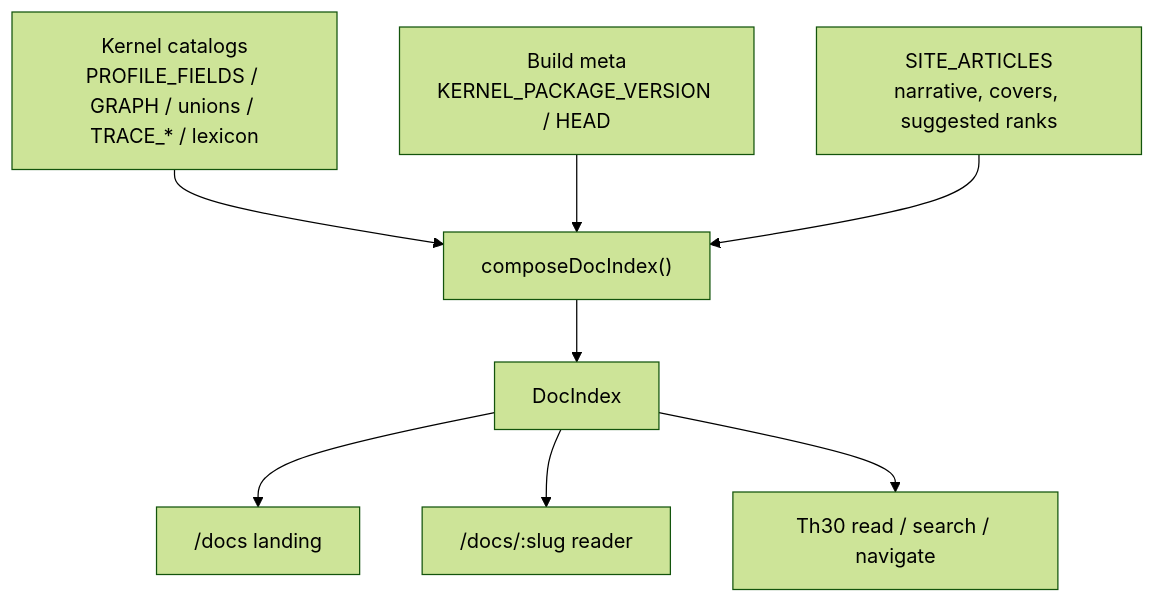
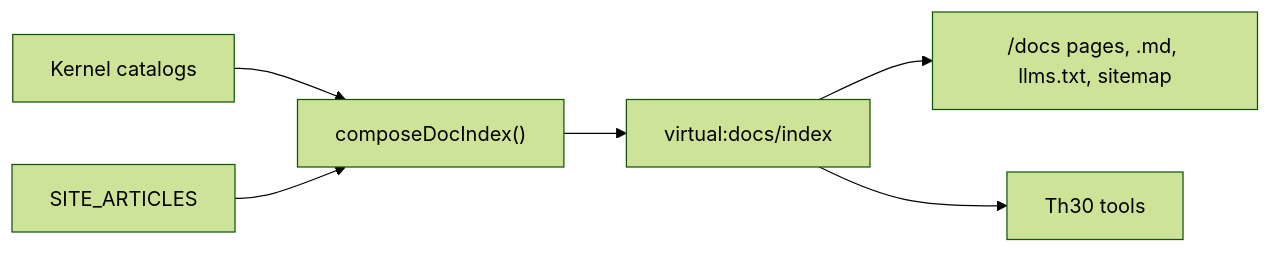
The diagram in docs/SITE_SCHEMA.md (masudl-hub/theoremai-frontend), drawn with Mermaid (forest theme) before and after one commit. The commit also changed other lines of this file and 24 other files, not shown here.

````diff
--- a/docs/SITE_SCHEMA.md
+++ b/docs/SITE_SCHEMA.md
@@ -7,19 +7,8 @@
 ```mermaid
-flowchart TD
-  kernel["Kernel catalogs\nPROFILE_FIELDS / GRAPH / unions / TRACE_* / lexicon"]
-  meta["Build meta\nKERNEL_PACKAGE_VERSION / HEAD"]
-  authored["SITE_ARTICLES\nnarrative, covers, suggested ranks"]
-  compose["composeDocIndex()"]
-  index["DocIndex"]
-  landing["/docs landing"]
-  reader["/docs/:slug reader"]
-  th30["Th30 read / search / navigate"]
-
-  kernel --> compose
-  meta --> compose
-  authored --> compose
-  compose --> index
-  index --> landing
-  index --> reader
-  index --> th30
+flowchart LR
+  kernel["Kernel catalogs"] --> compose["composeDocIndex()"]
+  authored["SITE_ARTICLES"] --> compose
+  compose --> index["virtual:docs/index"]
+  index --> pages["/docs pages, .md, llms.txt, sitemap"]
+  index --> th30["Th30 tools"]
 ```
````
